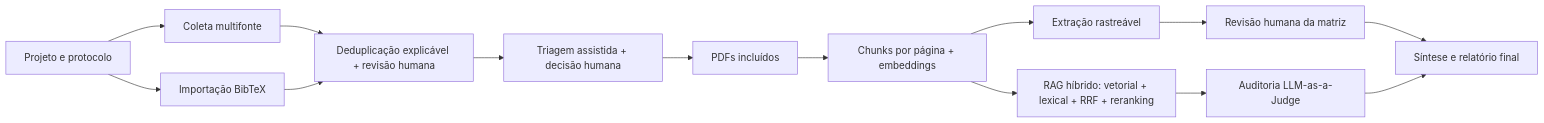
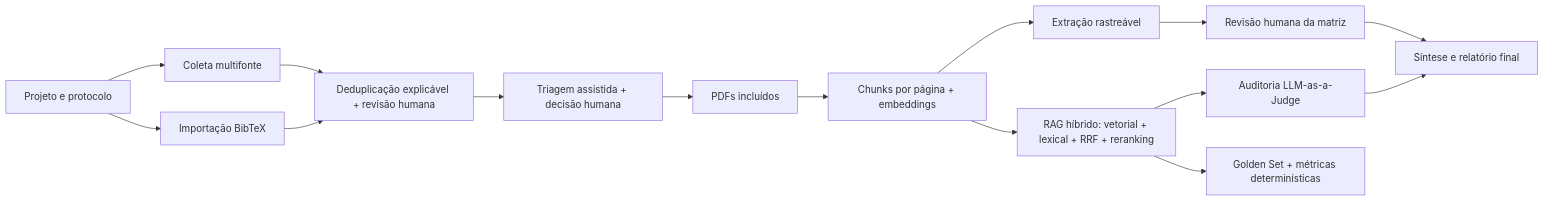
The diagram in README.md (lucianodiassp/rag-revisao-sistematica), drawn with Mermaid before and after one commit. The commit also changed other lines of this file and 16 other files, not shown here.

````diff
--- a/README.md
+++ b/README.md
@@ -147,16 +161,17 @@
 ```mermaid
 flowchart LR
     A["Projeto e protocolo"] --> B["Coleta multifonte"]
     A --> B2["Importação BibTeX"]
     B --> C["Deduplicação explicável + revisão humana"]
     B2 --> C
     C --> D["Triagem assistida + decisão humana"]
     D --> E["PDFs incluídos"]
     E --> F["Chunks por página + embeddings"]
     F --> G["RAG híbrido: vetorial + lexical + RRF + reranking"]
     F --> H["Extração rastreável"]
     H --> I["Revisão humana da matriz"]
     G --> J["Auditoria LLM-as-a-Judge"]
+    G --> L["Golden Set + métricas determinísticas"]
     I --> K["Síntese e relatório final"]
     J --> K
 ```
````
